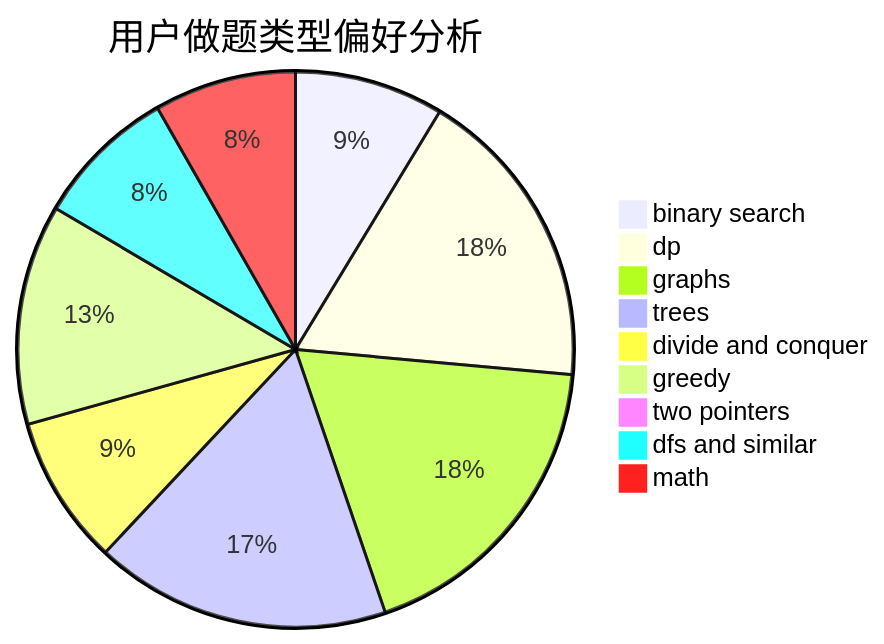
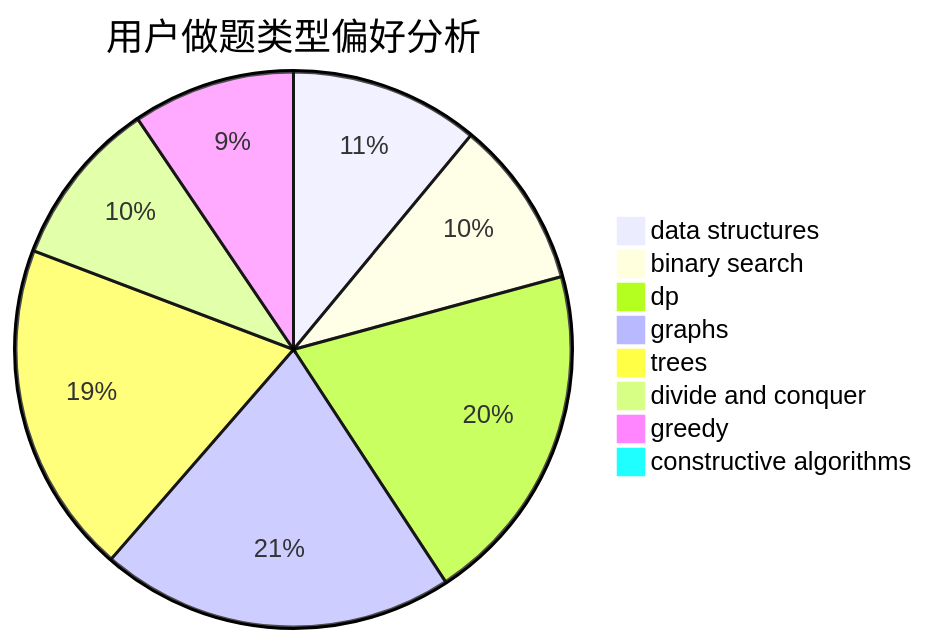
Before and after one commit to sherpahu/cfrs.github.io: the second of 3 diagrams in docs/user/u112.md, drawn with Mermaid. The commit also changed other lines of this file and 2775 other files, not shown here.

````diff
--- a/docs/user/u112.md
+++ b/docs/user/u112.md
@@ -23,12 +23,11 @@
 ```mermaid
 pie title 用户做题类型偏好分析
+    "data structures" :  71
     "binary search" :  63
     "dp" :  129
     "graphs" :  133
     "trees" :  125
     "divide and conquer" :  63
-    "greedy" :  93
-    "two pointers" :  0
-    "dfs and similar" :  60
-    "math" :  60
+    "greedy" :  61
+    "constructive algorithms" :  0
 ```
````
